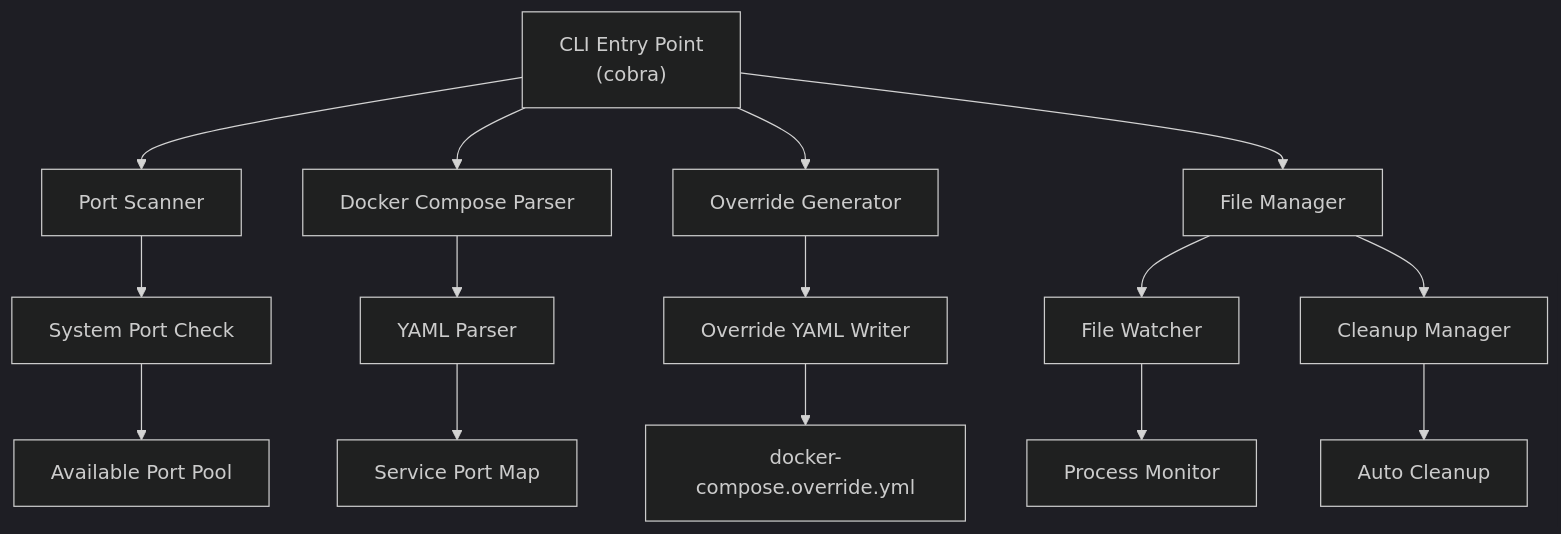
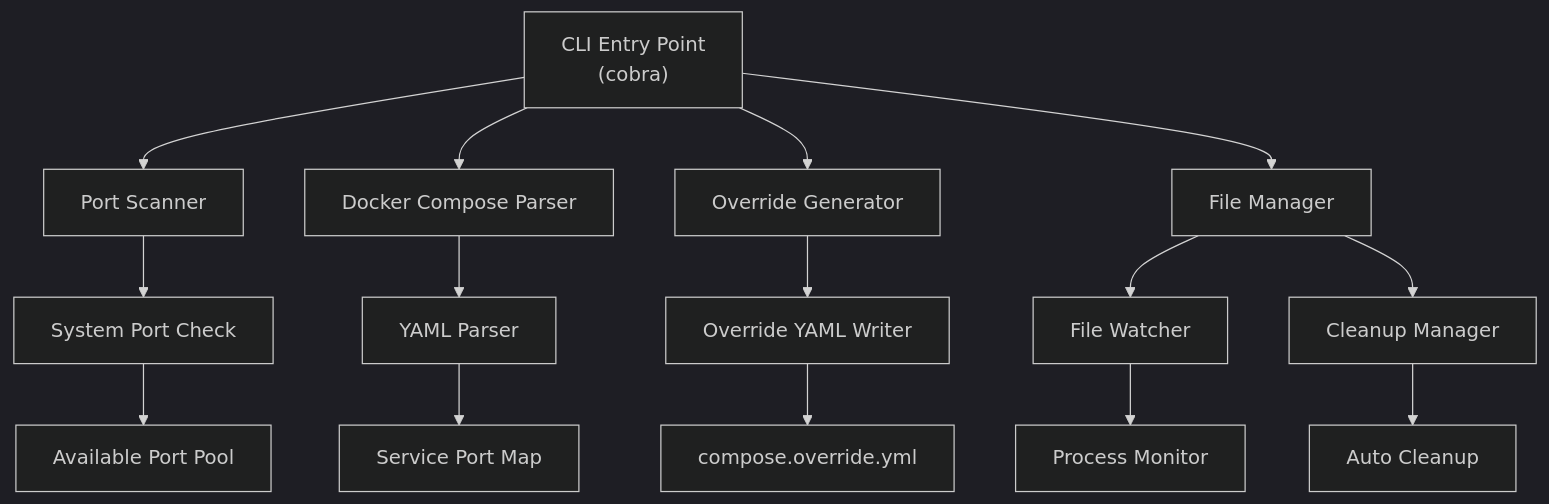
The first of 2 diagrams in DESIGN.md (harakeishi/gopose), drawn with Mermaid (dark theme) before and after one commit. The commit also changed other lines of this file and 8 other files, not shown here.

First line of the commit message:
デフォルトのファイル名をcompose.yml/compose.override.ymlに変更

````diff
--- a/DESIGN.md
+++ b/DESIGN.md
@@ -28,19 +28,19 @@
 ```mermaid
 graph TD
     A["CLI Entry Point<br/>(cobra)"] --> B["Port Scanner"]
     A --> C["Docker Compose Parser"]
     A --> D["Override Generator"]
     A --> E["File Manager"]
     
     B --> F["System Port Check"]
     C --> G["YAML Parser"]
     D --> H["Override YAML Writer"]
     E --> I["File Watcher"]
     E --> J["Cleanup Manager"]
     
     F --> K["Available Port Pool"]
     G --> L["Service Port Map"]
-    H --> M["docker-compose.override.yml"]
+    H --> M["compose.override.yml"]
     I --> N["Process Monitor"]
     J --> O["Auto Cleanup"]
 ```
````
